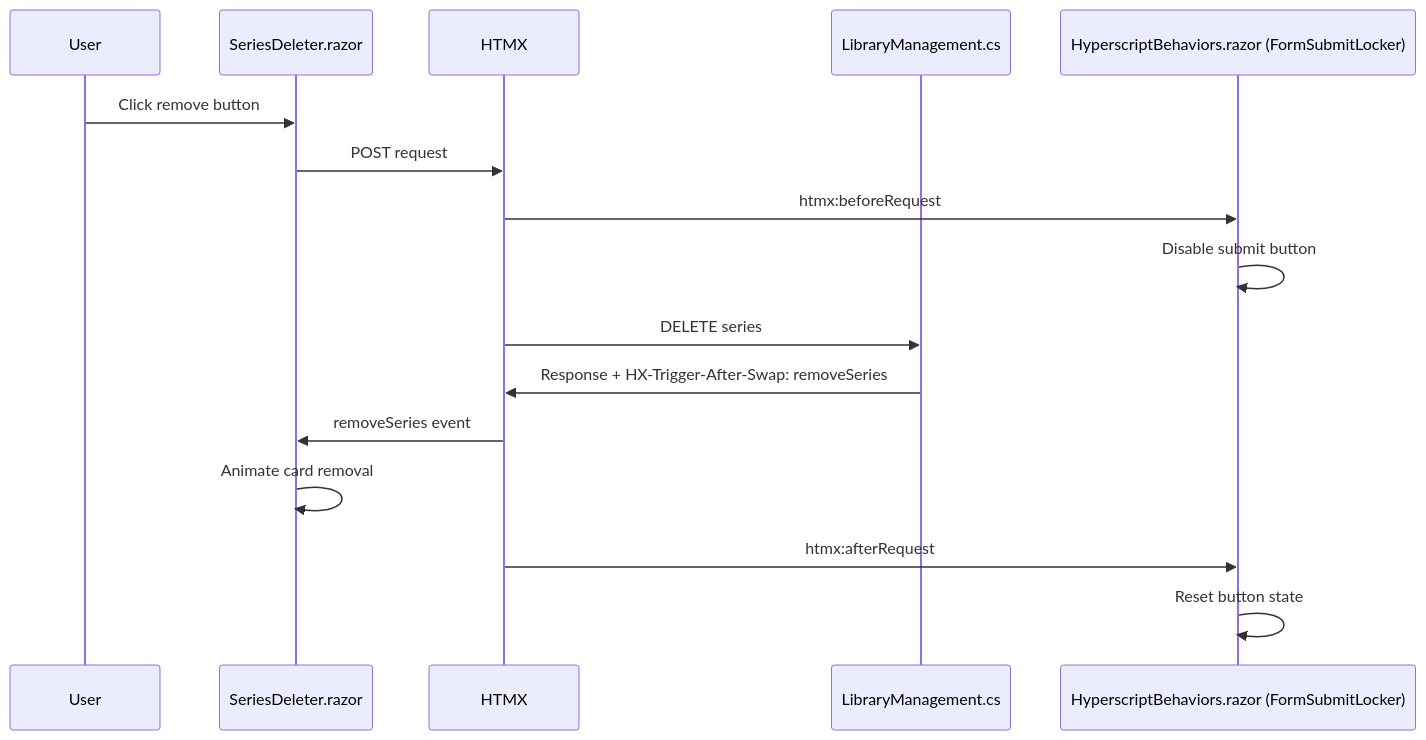
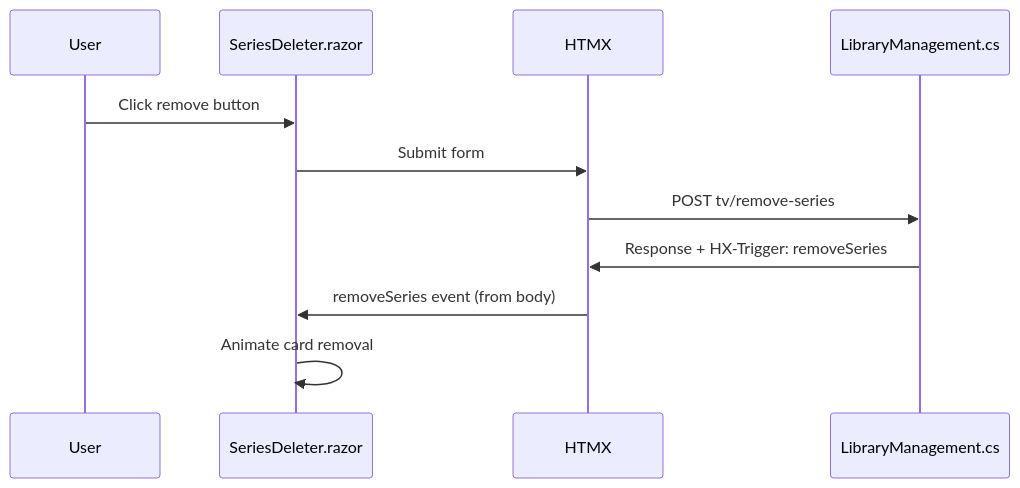
Before and after one commit to xxnickles/anime-feed-manager: the first of 2 diagrams in src/AnimeFeedManager.Web/docs/CUSTOM-EVENTS.md, drawn with Mermaid. The commit also changed other lines of this file and 1 other file, not shown here.

Commit message:
🧹 Removing dead messaging extensions and fixing stale removeSeries event docs

````diff
--- a/src/AnimeFeedManager.Web/docs/CUSTOM-EVENTS.md
+++ b/src/AnimeFeedManager.Web/docs/CUSTOM-EVENTS.md
@@ -78,19 +78,14 @@
 ```mermaid
 sequenceDiagram
     participant User
     participant SeriesDeleter as SeriesDeleter.razor
     participant HTMX
     participant Server as LibraryManagement.cs
-    participant FormLocker as HyperscriptBehaviors.razor (FormSubmitLocker)
 
     User->>SeriesDeleter: Click remove button
-    SeriesDeleter->>HTMX: POST request
-    HTMX->>FormLocker: htmx:beforeRequest
-    FormLocker->>FormLocker: Disable submit button
-    HTMX->>Server: DELETE series
-    Server->>HTMX: Response + HX-Trigger-After-Swap: removeSeries
-    HTMX->>SeriesDeleter: removeSeries event
+    SeriesDeleter->>HTMX: Submit form
+    HTMX->>Server: POST tv/remove-series
+    Server->>HTMX: Response + HX-Trigger: removeSeries
+    HTMX->>SeriesDeleter: removeSeries event (from body)
     SeriesDeleter->>SeriesDeleter: Animate card removal
-    HTMX->>FormLocker: htmx:afterRequest
-    FormLocker->>FormLocker: Reset button state
 ```
````
